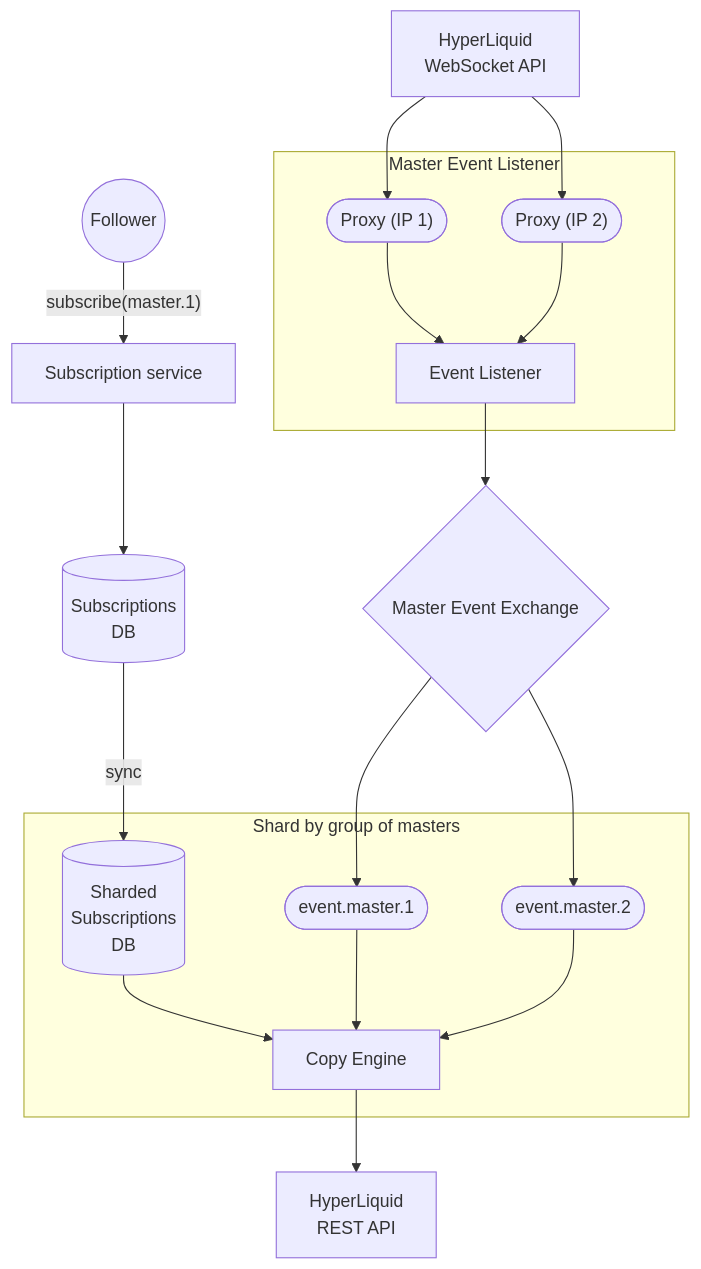
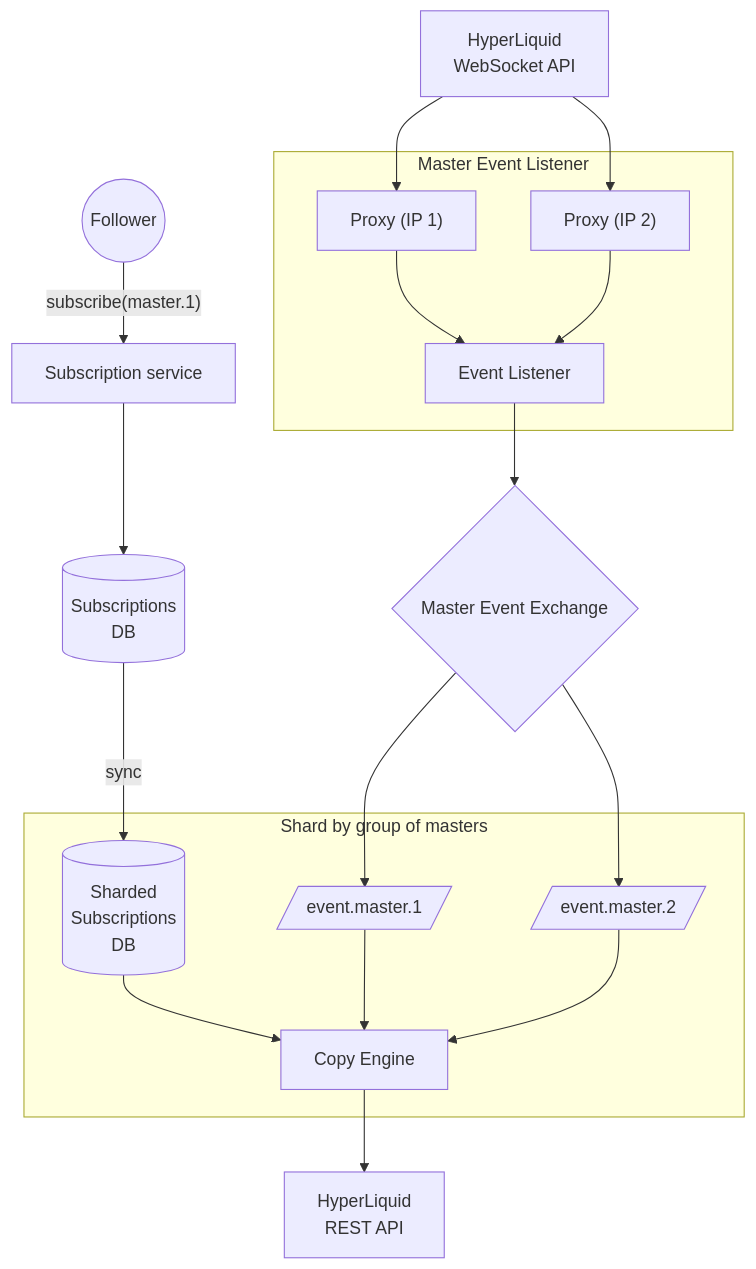
One commit to 0xRichardL/system-design-practice changed the diagram in diagrams/copy-trading/concept.mmd. Above: the diagram before and after it, drawn with Mermaid. The commit also changed 1 other file, not shown here.

Commit message:
chore: change queue shape

```diff
--- a/diagrams/copy-trading/concept.mmd
+++ b/diagrams/copy-trading/concept.mmd
@@ -1,46 +1,46 @@
 flowchart TB
 
 %% Subscription flow:
 FL((Follower))
 SUB_SER[Subscription service]
 SUB_DB[("Subscriptions</br>DB")]
 
 FL -->|"subscribe(master.1)"| SUB_SER
 SUB_SER --> SUB_DB
 SUB_DB -->|sync| CES_SUB_DB
 
 %% Copy engine sharding:
 subgraph COPY_ENGINE_SHARD["Shard by group of masters"]
     CES_SUB_DB[("Sharded</br>Subscriptions</br>DB")]
-    CES_QUEUE_1([event.master.1])
-    CES_QUEUE_2([event.master.2])
+    CES_QUEUE_1[/event.master.1/]
+    CES_QUEUE_2[/event.master.2/]
     CES_COPY_ENGINE["Copy Engine"]
 
     CES_SUB_DB --> CES_COPY_ENGINE
     CES_QUEUE_1 --> CES_COPY_ENGINE
     CES_QUEUE_2 --> CES_COPY_ENGINE
 end
 
 %% Master event listener:
 subgraph MASTER_EVENT_LISTENER["Master Event Listener"]
-    MEL_PROXY_1(["Proxy (IP 1)"])
-    MEL_PROXY_2(["Proxy (IP 2)"])
+    MEL_PROXY_1["Proxy (IP 1)"]
+    MEL_PROXY_2["Proxy (IP 2)"]
     MEL_LISTENER["Event Listener"]
 
     MEL_PROXY_1 --> MEL_LISTENER
     MEL_PROXY_2 --> MEL_LISTENER
 end
 
 %% Message bus:
 MASTER_EVENT_EXCHANGE{"Master Event Exchange"}
 MEL_LISTENER --> MASTER_EVENT_EXCHANGE
 MASTER_EVENT_EXCHANGE --> CES_QUEUE_1
 MASTER_EVENT_EXCHANGE --> CES_QUEUE_2
 
 %% Externals:
 HYPERLIQUID_WS["HyperLiquid</br>WebSocket API"]
     %% MASTER_EVENT_LISTENER:
     HYPERLIQUID_WS --> MEL_PROXY_1
     HYPERLIQUID_WS --> MEL_PROXY_2
 HYPERLIQUID_REST["HyperLiquid</br>REST API"]
 CES_COPY_ENGINE --> HYPERLIQUID_REST
```
